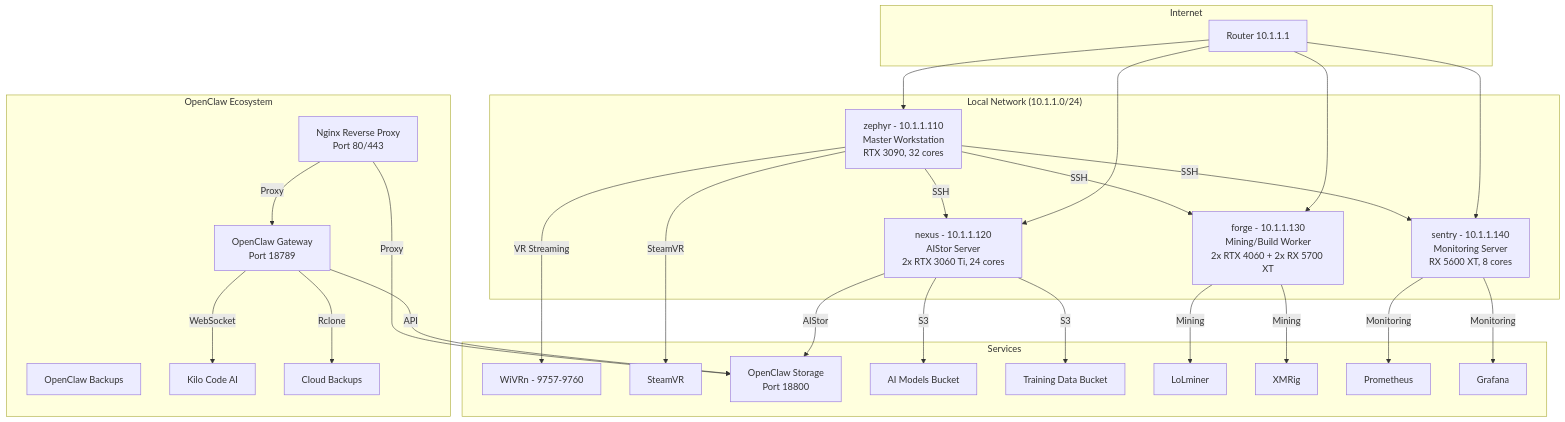
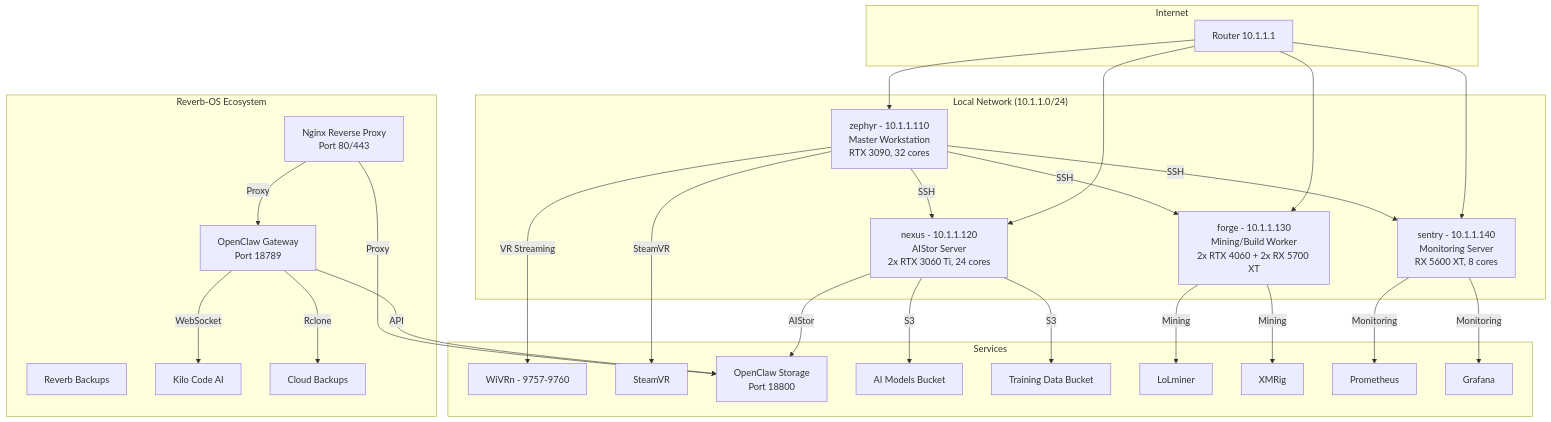
The first of 2 diagrams in docs/PORTFOLIO.md (reverb256/nixos-config), drawn with Mermaid before and after one commit. The commit also changed other lines of this file and 4 other files, not shown here.

First line of the commit message:
docs: update architecture documentation

````diff
--- a/docs/PORTFOLIO.md
+++ b/docs/PORTFOLIO.md
@@ -160,44 +160,44 @@
 ```mermaid
 graph TD
     subgraph "Internet"
         Router[Router 10.1.1.1]
     end
 
     subgraph "Local Network (10.1.1.0/24)"
         Router --> Zephyr[zephyr - 10.1.1.110<br/>Master Workstation<br/>RTX 3090, 32 cores]
         Router --> Nexus[nexus - 10.1.1.120<br/>AIStor Server<br/>2x RTX 3060 Ti, 24 cores]
         Router --> Forge[forge - 10.1.1.130<br/>Mining/Build Worker<br/>2x RTX 4060 + 2x RX 5700 XT]
         Router --> Sentry[sentry - 10.1.1.140<br/>Monitoring Server<br/>RX 5600 XT, 8 cores]
     end
 
     subgraph "Services"
         Zephyr -->|SSH| Nexus
         Zephyr -->|SSH| Forge
         Zephyr -->|SSH| Sentry
         Zephyr -->|VR Streaming| WiVRn[WiVRn - 9757-9760]
         Zephyr -->|SteamVR| SteamVR[SteamVR]
         
         Nexus -->|AIStor| OpenClawStorage[OpenClaw Storage<br/>Port 18800]
         Nexus -->|S3| AIModels[AI Models Bucket]
         Nexus -->|S3| TrainingData[Training Data Bucket]
         
         Forge -->|Mining| LoLminer[LoLminer]
         Forge -->|Mining| XMRig[XMRig]
         
         Sentry -->|Monitoring| Prometheus[Prometheus]
         Sentry -->|Monitoring| Grafana[Grafana]
     end
 
-    subgraph "OpenClaw Ecosystem"
-        OpenClaw[OpenClaw Gateway<br/>Port 18789]
-        OpenClawStorage
-        OpenClawBackup[OpenClaw Backups]
-        Nginx[Nginx Reverse Proxy<br/>Port 80/443]
+     subgraph "Reverb-OS Ecosystem"
+         OpenClaw[OpenClaw Gateway<br/>Port 18789]
+         OpenClawStorage
+         OpenClawBackup[Reverb Backups]
+         Nginx[Nginx Reverse Proxy<br/>Port 80/443]
         
         OpenClaw -->|WebSocket| KiloCode[Kilo Code AI]
         OpenClaw -->|API| OpenClawStorage
         OpenClaw -->|Rclone| CloudBackups[Cloud Backups]
         Nginx -->|Proxy| OpenClaw
         Nginx -->|Proxy| OpenClawStorage
     end
 ```
````
